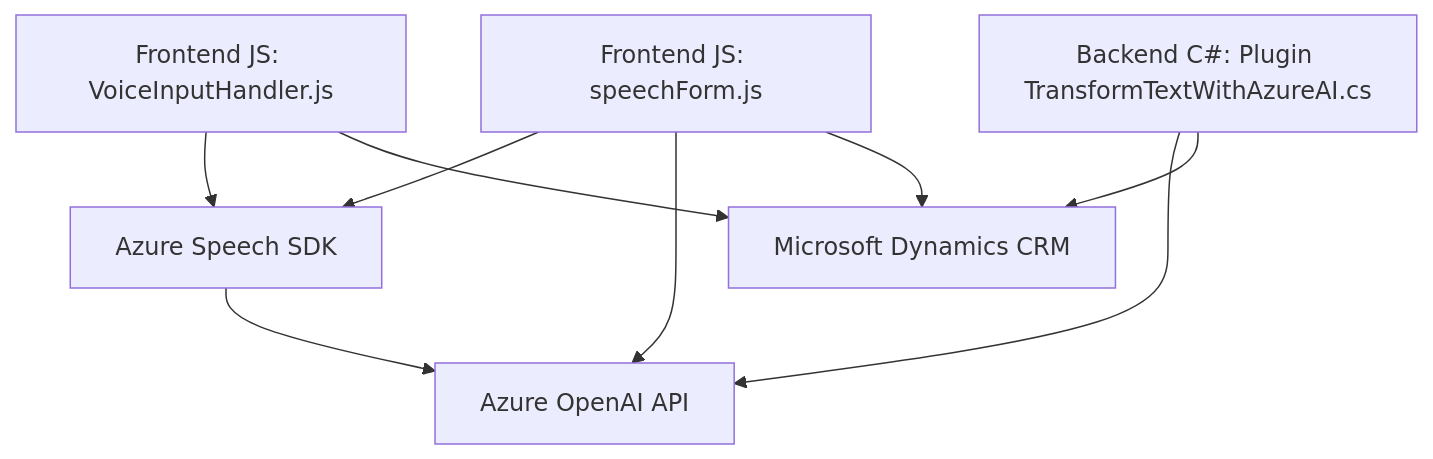
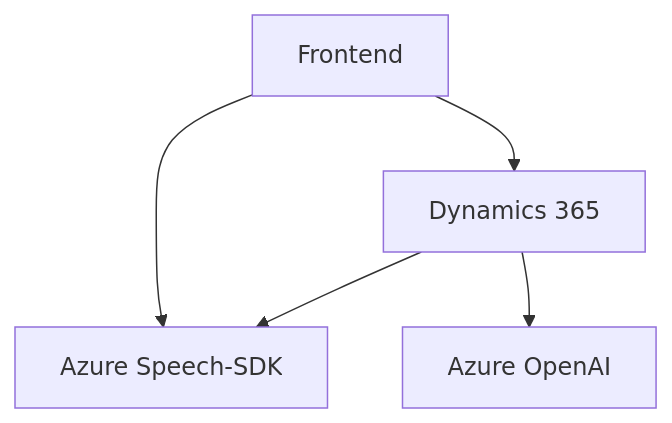
Before and after one commit to blopezdm/NETCORE_BILBAO2025: the diagram in README.md, drawn with Mermaid. The commit also changed other lines of this file, not shown here.

````diff
--- a/README.md
+++ b/README.md
@@ -36,18 +56,12 @@
 ```mermaid
 graph TD
-    A["Frontend JS: VoiceInputHandler.js"]
-    B["Frontend JS: speechForm.js"]
-    C["Backend C#: Plugin TransformTextWithAzureAI.cs"]
-    D["Azure Speech SDK"]
-    E["Azure OpenAI API"]
-    F["Microsoft Dynamics CRM"]
+  A["Frontend"]
+  B["Azure Speech-SDK"]
+  C["Dynamics 365"]
+  D["Azure OpenAI"]
 
-    A --> D
-    B --> D
-    D --> E
-    B --> E
-    C --> E
-    B --> F
-    C --> F
-    A --> F
+  A --> B
+  A --> C
+  C --> D
+  C --> B
 ```
````
